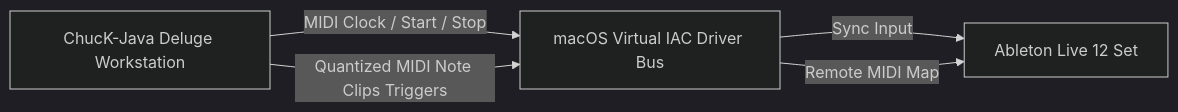
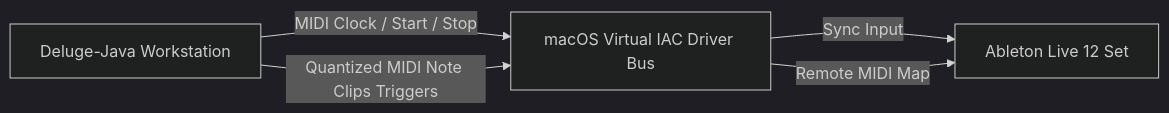
One commit to ludoch/chuckjava changed the third of 3 diagrams in deluge/docs/ableton_integration_blueprint.md. Above: the diagram before and after it, drawn with Mermaid (dark theme). The commit also changed other lines of this file and 37 other files, not shown here.

````diff
--- a/deluge/docs/ableton_integration_blueprint.md
+++ b/deluge/docs/ableton_integration_blueprint.md
@@ -170,7 +170,7 @@
 ```mermaid
 graph LR
-    A[ChucK-Java Deluge Workstation] -->|MIDI Clock / Start / Stop| B[macOS Virtual IAC Driver Bus]
+    A[Deluge-Java Workstation] -->|MIDI Clock / Start / Stop| B[macOS Virtual IAC Driver Bus]
     B -->|Sync Input| C[Ableton Live 12 Set]
     A -->|Quantized MIDI Note Clips Triggers| B
     B -->|Remote MIDI Map| C
 ```
````
